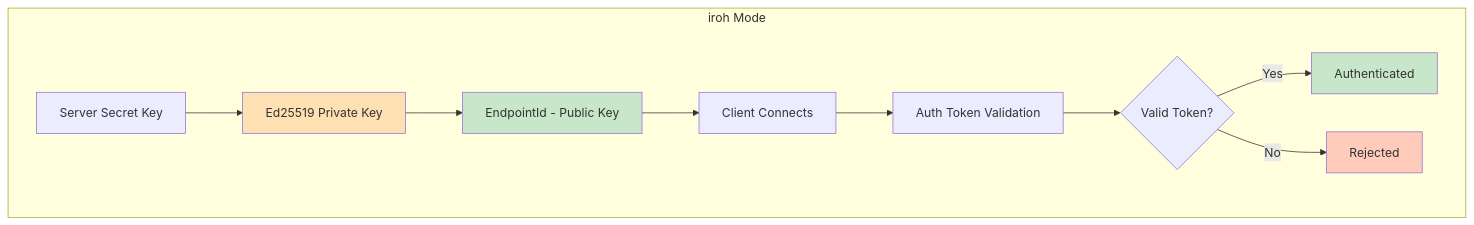
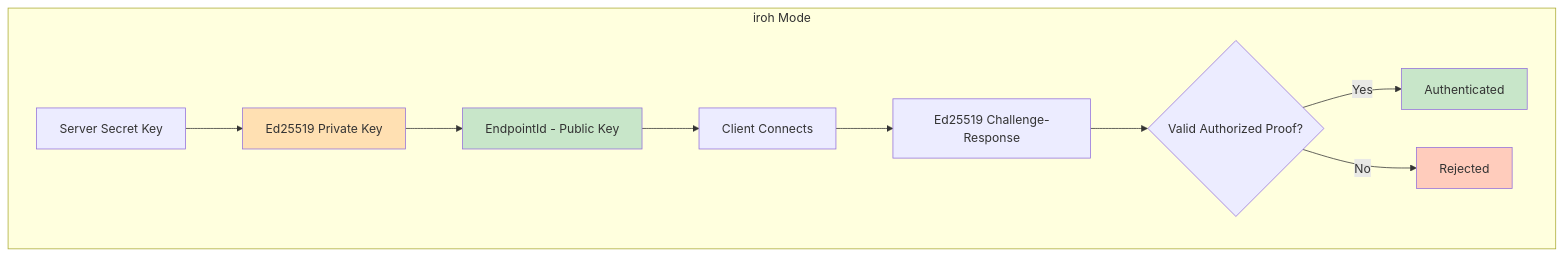
Before and after one commit to andrewtheguy/tunnel-rs: diagram 14 of 22 in docs/ARCHITECTURE.md, drawn with Mermaid. The commit also changed other lines of this file and 26 other files, not shown here.

Commit message:
Replace token auth with Ed25519 public-key authentication

````diff
--- a/docs/ARCHITECTURE.md
+++ b/docs/ARCHITECTURE.md
@@ -528,17 +511,17 @@
 ```mermaid
 graph TB
     subgraph "iroh Mode"
         A[Server Secret Key] --> B[Ed25519 Private Key]
         B --> C[EndpointId - Public Key]
         C --> D[Client Connects]
-        D --> E[Auth Token Validation]
-        E --> F{Valid Token?}
+        D --> E[Ed25519 Challenge-Response]
+        E --> F{Valid Authorized Proof?}
         F -->|Yes| G[Authenticated]
         F -->|No| H[Rejected]
     end
 
     style B fill:#FFE0B2
     style C fill:#C8E6C9
     style G fill:#C8E6C9
     style H fill:#FFCCBC
 ```
````
